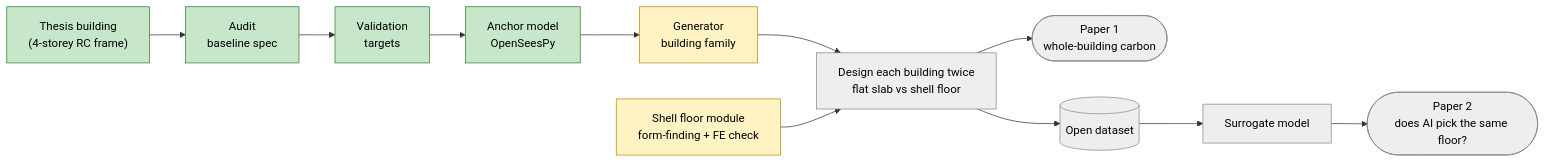
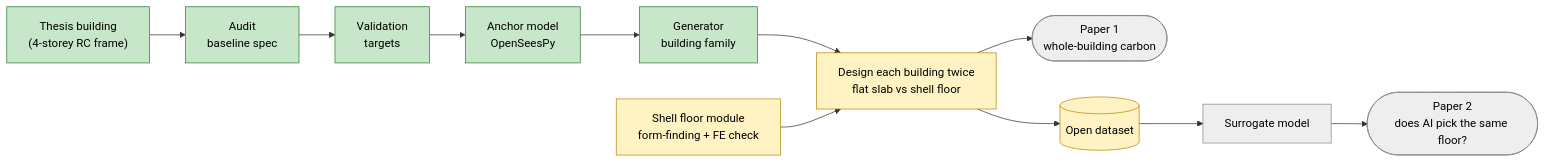
The first of 2 diagrams in README.md (syednafizreja/ShellBench), drawn with Mermaid before and after one commit. The commit also changed other lines of this file, not shown here.

````diff
--- a/README.md
+++ b/README.md
@@ -36,19 +36,19 @@
 ```mermaid
 flowchart LR
     T["Thesis building<br/>(4-storey RC frame)"] --> A["Audit<br/>baseline spec"]
     A --> V["Validation<br/>targets"]
     V --> M["Anchor model<br/>OpenSeesPy"]
     M --> G["Generator<br/>building family"]
     G --> F["Design each building twice<br/>flat slab vs shell floor"]
     S["Shell floor module<br/>form-finding + FE check"] --> F
     F --> P1(["Paper 1<br/>whole-building carbon"])
     F --> D[("Open dataset")]
     D --> AI["Surrogate model"] --> P2(["Paper 2<br/>does AI pick the same floor?"])
 
     classDef done fill:#c8e6c9,stroke:#2e7d32,color:#000;
     classDef doing fill:#fff3c4,stroke:#b8860b,color:#000;
     classDef todo fill:#eeeeee,stroke:#888,color:#000;
-    class T,A,V,M done;
-    class S,G doing;
-    class F,D,AI,P1,P2 todo;
+    class T,A,V,M,G done;
+    class S,F,D doing;
+    class AI,P1,P2 todo;
 ```
````
